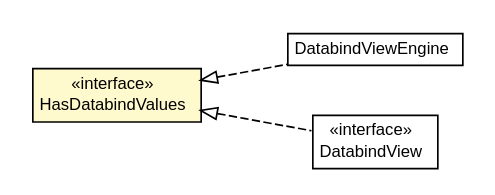
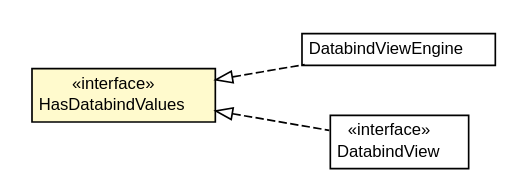
One commit to growbit/turbogwt-databind changed the diagram in javadoc/apidocs/org/turbogwt/mvp/databind/client/HasDatabindValues.dot. Above: the diagram before and after it, drawn with Graphviz. The commit also changed 144 other files, not shown here.

```diff
--- a/javadoc/apidocs/org/turbogwt/mvp/databind/client/HasDatabindValues.dot
+++ b/javadoc/apidocs/org/turbogwt/mvp/databind/client/HasDatabindValues.dot
@@ -1,37 +1,37 @@
 #!/usr/local/bin/dot
 #
 # Class diagram 
 # Generated by UMLGraph version R5_6-24-gf6e263 (http://www.umlgraph.org/)
 #
 
 digraph G {
-	edge [fontname="arial",fontsize=10,labelfontname="arial",labelfontsize=10];
-	node [fontname="arial",fontsize=10,shape=plaintext];
+	edge [fontname="Helvetica",fontsize=10,labelfontname="Helvetica",labelfontsize=10];
+	node [fontname="Helvetica",fontsize=10,shape=plaintext];
 	nodesep=0.25;
 	ranksep=0.5;
 	rankdir=LR;
+	// org.turbogwt.mvp.databind.client.DatabindViewEngine
+	c607 [label=<<table title="org.turbogwt.mvp.databind.client.DatabindViewEngine" border="0" cellborder="1" cellspacing="0" cellpadding="2" port="p" href="./DatabindViewEngine.html">
+		<tr><td><table border="0" cellspacing="0" cellpadding="1">
+<tr><td align="center" balign="center"> DatabindViewEngine </td></tr>
+		</table></td></tr>
+		</table>>, URL="./DatabindViewEngine.html", fontname="Helvetica", fontcolor="black", fontsize=10.0];
+	// org.turbogwt.mvp.databind.client.DatabindView
+	c612 [label=<<table title="org.turbogwt.mvp.databind.client.DatabindView" border="0" cellborder="1" cellspacing="0" cellpadding="2" port="p" href="./DatabindView.html">
+		<tr><td><table border="0" cellspacing="0" cellpadding="1">
+<tr><td align="center" balign="center"> &#171;interface&#187; </td></tr>
+<tr><td align="center" balign="center"> DatabindView </td></tr>
+		</table></td></tr>
+		</table>>, URL="./DatabindView.html", fontname="Helvetica", fontcolor="black", fontsize=10.0];
 	// org.turbogwt.mvp.databind.client.HasDatabindValues
-	c609 [label=<<table title="org.turbogwt.mvp.databind.client.HasDatabindValues" border="0" cellborder="1" cellspacing="0" cellpadding="2" port="p" bgcolor="lemonChiffon" href="./HasDatabindValues.html">
+	c618 [label=<<table title="org.turbogwt.mvp.databind.client.HasDatabindValues" border="0" cellborder="1" cellspacing="0" cellpadding="2" port="p" bgcolor="lemonChiffon" href="./HasDatabindValues.html">
 		<tr><td><table border="0" cellspacing="0" cellpadding="1">
 <tr><td align="center" balign="center"> &#171;interface&#187; </td></tr>
 <tr><td align="center" balign="center"> HasDatabindValues </td></tr>
 		</table></td></tr>
-		</table>>, URL="./HasDatabindValues.html", fontname="arial", fontcolor="black", fontsize=10.0];
-	// org.turbogwt.mvp.databind.client.DatabindViewEngine
-	c612 [label=<<table title="org.turbogwt.mvp.databind.client.DatabindViewEngine" border="0" cellborder="1" cellspacing="0" cellpadding="2" port="p" href="./DatabindViewEngine.html">
-		<tr><td><table border="0" cellspacing="0" cellpadding="1">
-<tr><td align="center" balign="center"> DatabindViewEngine </td></tr>
-		</table></td></tr>
-		</table>>, URL="./DatabindViewEngine.html", fontname="arial", fontcolor="black", fontsize=10.0];
-	// org.turbogwt.mvp.databind.client.DatabindView
-	c613 [label=<<table title="org.turbogwt.mvp.databind.client.DatabindView" border="0" cellborder="1" cellspacing="0" cellpadding="2" port="p" href="./DatabindView.html">
-		<tr><td><table border="0" cellspacing="0" cellpadding="1">
-<tr><td align="center" balign="center"> &#171;interface&#187; </td></tr>
-<tr><td align="center" balign="center"> DatabindView </td></tr>
-		</table></td></tr>
-		</table>>, URL="./DatabindView.html", fontname="arial", fontcolor="black", fontsize=10.0];
+		</table>>, URL="./HasDatabindValues.html", fontname="Helvetica", fontcolor="black", fontsize=10.0];
 	//org.turbogwt.mvp.databind.client.DatabindViewEngine implements org.turbogwt.mvp.databind.client.HasDatabindValues
-	c609:p -> c612:p [dir=back,arrowtail=empty,style=dashed];
+	c618:p -> c607:p [dir=back,arrowtail=empty,style=dashed];
 	//org.turbogwt.mvp.databind.client.DatabindView implements org.turbogwt.mvp.databind.client.HasDatabindValues
-	c609:p -> c613:p [dir=back,arrowtail=empty,style=dashed];
+	c618:p -> c612:p [dir=back,arrowtail=empty,style=dashed];
 }
```
